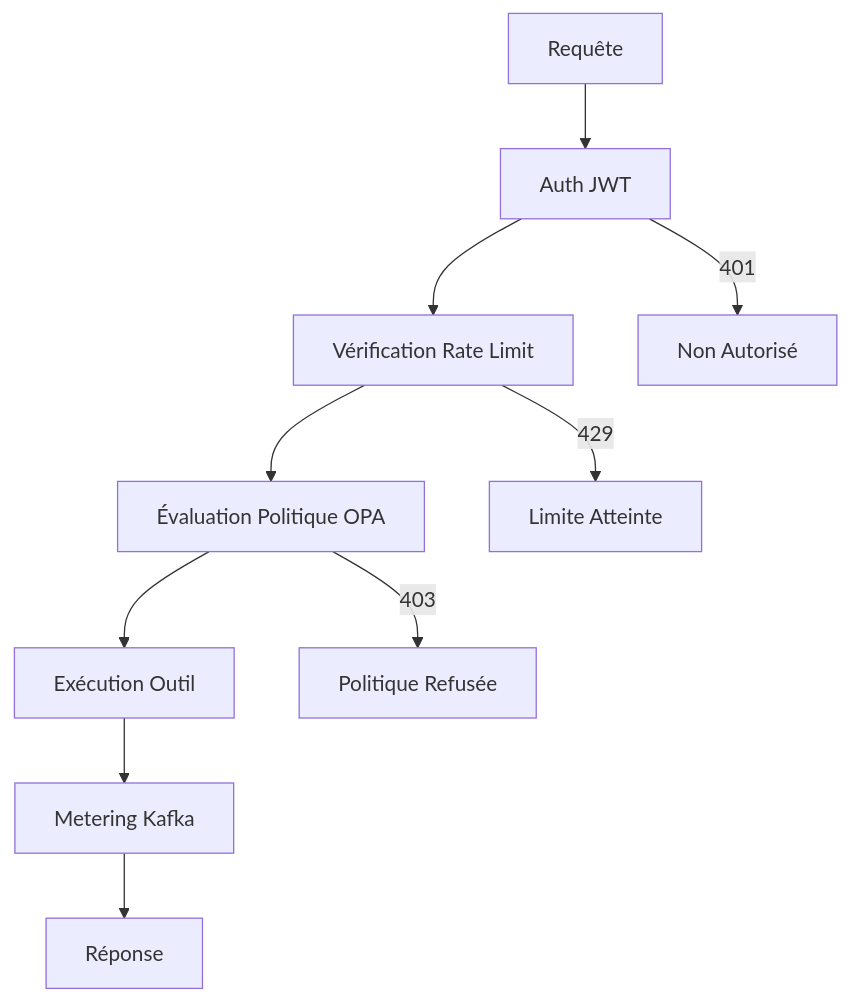
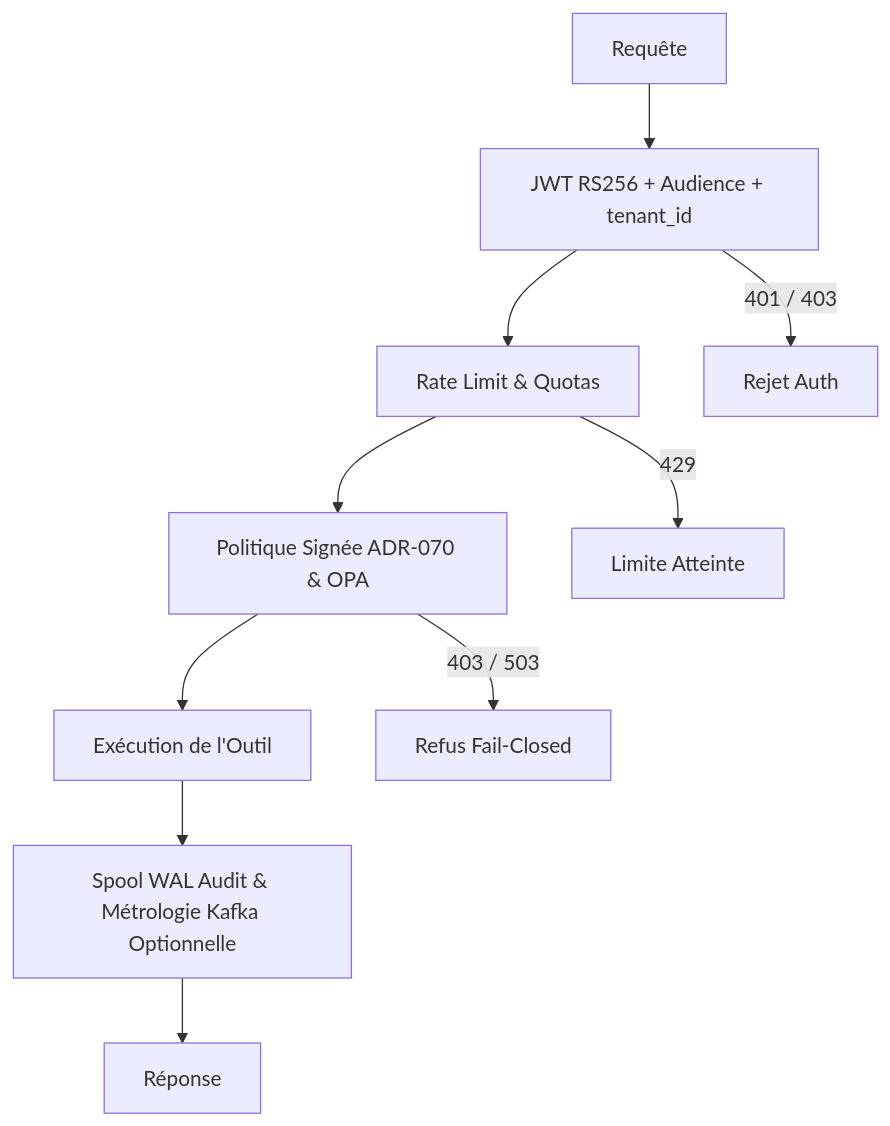
The diagram in i18n/fr/docusaurus-plugin-content-docs/current/api/mcp-gateway.md (stoa-platform/stoa-docs), drawn with Mermaid before and after one commit. The commit also changed other lines of this file and 20 other files, not shown here.

````diff
--- a/i18n/fr/docusaurus-plugin-content-docs/current/api/mcp-gateway.md
+++ b/i18n/fr/docusaurus-plugin-content-docs/current/api/mcp-gateway.md
@@ -355,12 +270,12 @@
 ```mermaid
 graph TD
-    A[Requête] --> B[Auth JWT]
-    B --> C[Vérification Rate Limit]
-    C --> D[Évaluation Politique OPA]
-    D --> E[Exécution Outil]
-    E --> F[Metering Kafka]
+    A[Requête] --> B[JWT RS256 + Audience + tenant_id]
+    B --> C[Rate Limit & Quotas]
+    C --> D[Politique Signée ADR-070 & OPA]
+    D --> E[Exécution de l'Outil]
+    E --> F[Spool WAL Audit & Métrologie Kafka Optionnelle]
     F --> G[Réponse]
-    B -->|401| H[Non Autorisé]
+    B -->|401 / 403| H[Rejet Auth]
     C -->|429| I[Limite Atteinte]
-    D -->|403| J[Politique Refusée]
+    D -->|403 / 503| J[Refus Fail-Closed]
 ```
````
